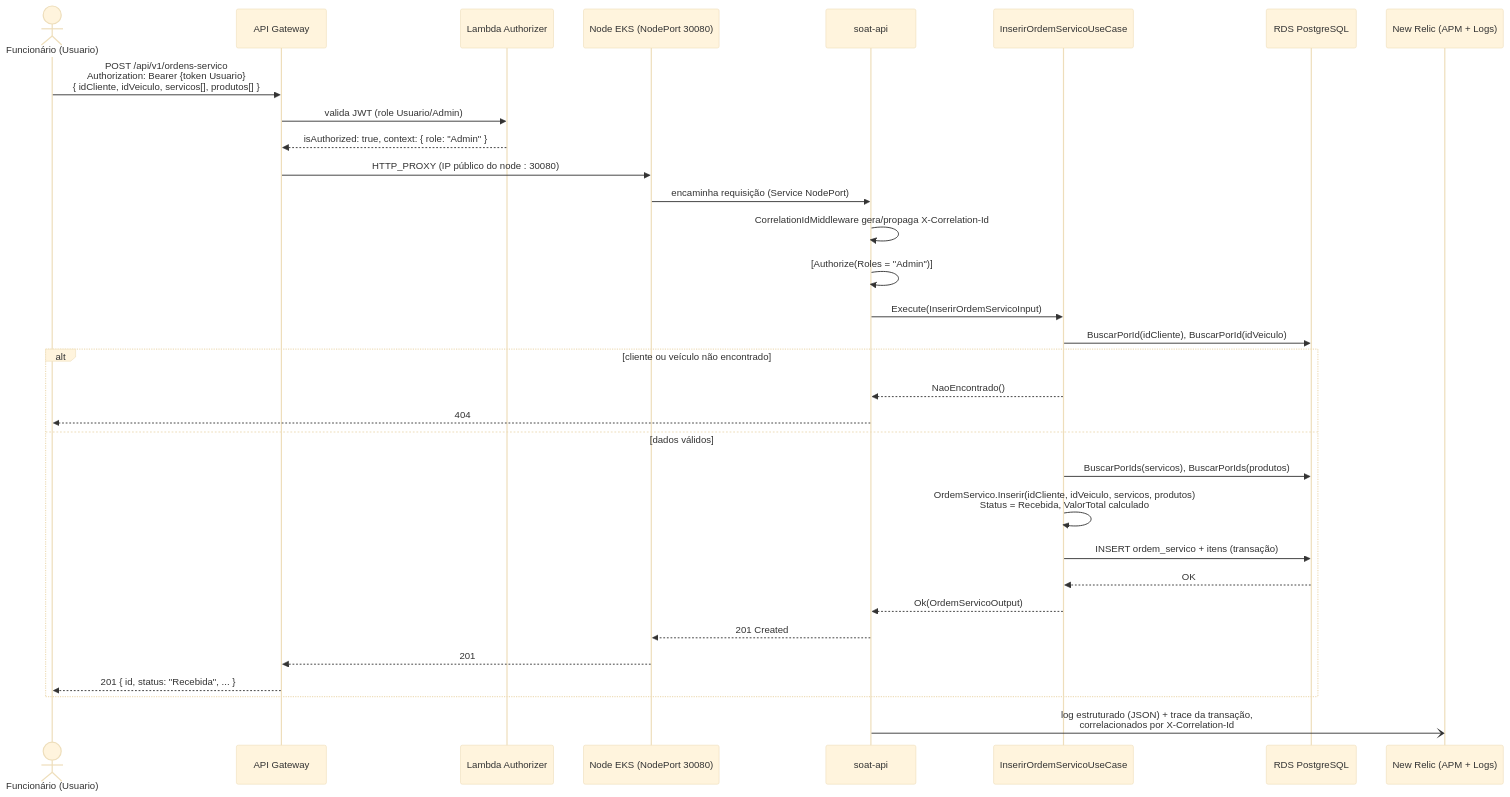
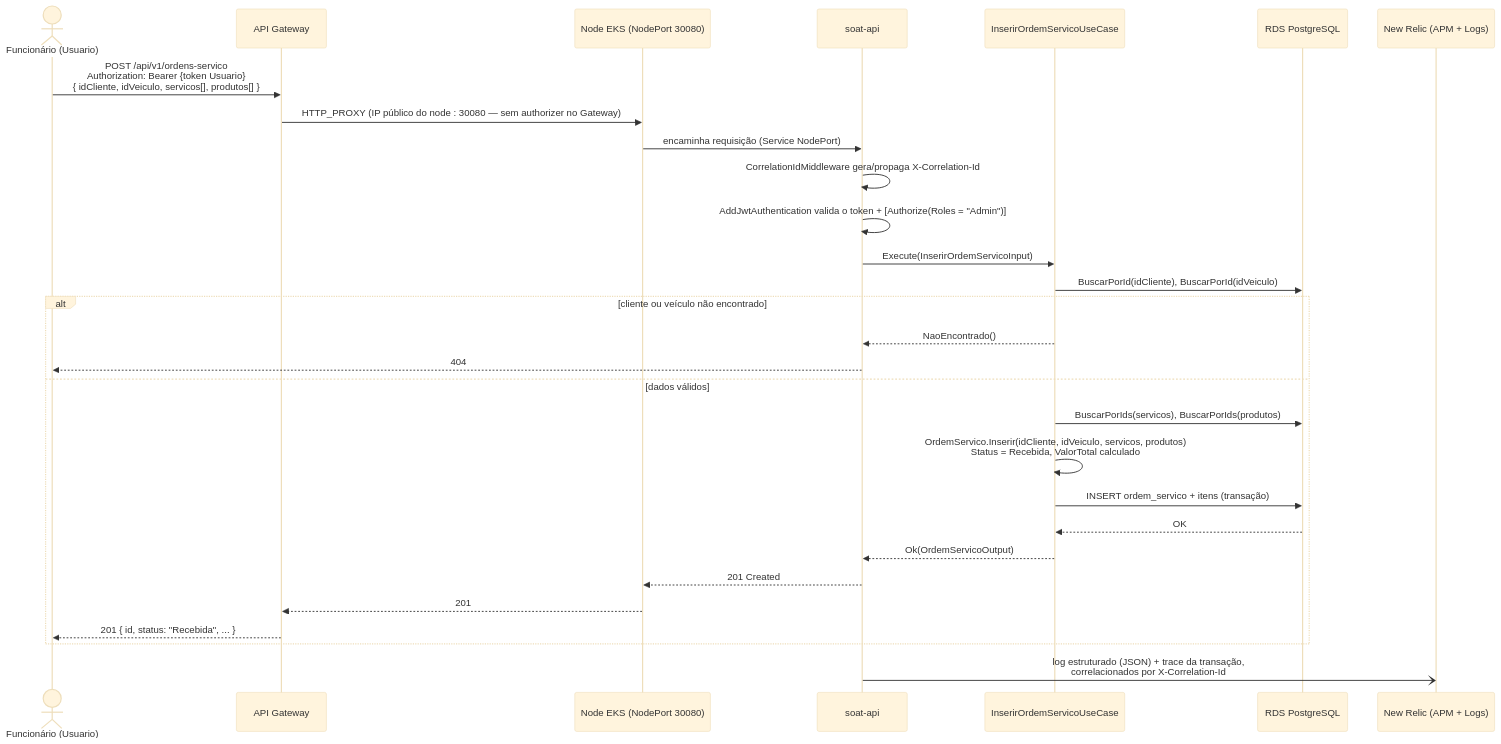
One commit to monnclaro/soat-tech-challenge changed the diagram in docs/sequence-abertura-os.md. Above: the diagram before and after it, drawn with Mermaid (base theme). The commit also changed 23 other files, not shown here.

````diff
--- a/docs/sequence-abertura-os.md
+++ b/docs/sequence-abertura-os.md
@@ -5,38 +5,35 @@
 ```mermaid
 sequenceDiagram
     actor Funcionario as Funcionário (Usuario)
     participant GW as API Gateway
-    participant Authz as Lambda Authorizer
     participant Node as Node EKS (NodePort 30080)
     participant API as soat-api
     participant UC as InserirOrdemServicoUseCase
     participant DB as RDS PostgreSQL
     participant NR as New Relic (APM + Logs)
 
     Funcionario->>GW: POST /api/v1/ordens-servico<br/>Authorization: Bearer {token Usuario}<br/>{ idCliente, idVeiculo, servicos[], produtos[] }
-    GW->>Authz: valida JWT (role Usuario/Admin)
-    Authz-->>GW: isAuthorized: true, context: { role: "Admin" }
-    GW->>Node: HTTP_PROXY (IP público do node : 30080)
+    GW->>Node: HTTP_PROXY (IP público do node : 30080 — sem authorizer no Gateway)
     Node->>API: encaminha requisição (Service NodePort)
 
     API->>API: CorrelationIdMiddleware gera/propaga X-Correlation-Id
-    API->>API: [Authorize(Roles = "Admin")]
+    API->>API: AddJwtAuthentication valida o token + [Authorize(Roles = "Admin")]
     API->>UC: Execute(InserirOrdemServicoInput)
 
     UC->>DB: BuscarPorId(idCliente), BuscarPorId(idVeiculo)
     alt cliente ou veículo não encontrado
         UC-->>API: NaoEncontrado()
         API-->>Funcionario: 404
     else dados válidos
         UC->>DB: BuscarPorIds(servicos), BuscarPorIds(produtos)
         UC->>UC: OrdemServico.Inserir(idCliente, idVeiculo, servicos, produtos)<br/>Status = Recebida, ValorTotal calculado
         UC->>DB: INSERT ordem_servico + itens (transação)
         DB-->>UC: OK
         UC-->>API: Ok(OrdemServicoOutput)
         API-->>Node: 201 Created
         Node-->>GW: 201
         GW-->>Funcionario: 201 { id, status: "Recebida", ... }
     end
 
     API-)NR: log estruturado (JSON) + trace da transação,<br/>correlacionados por X-Correlation-Id
 ```
````
